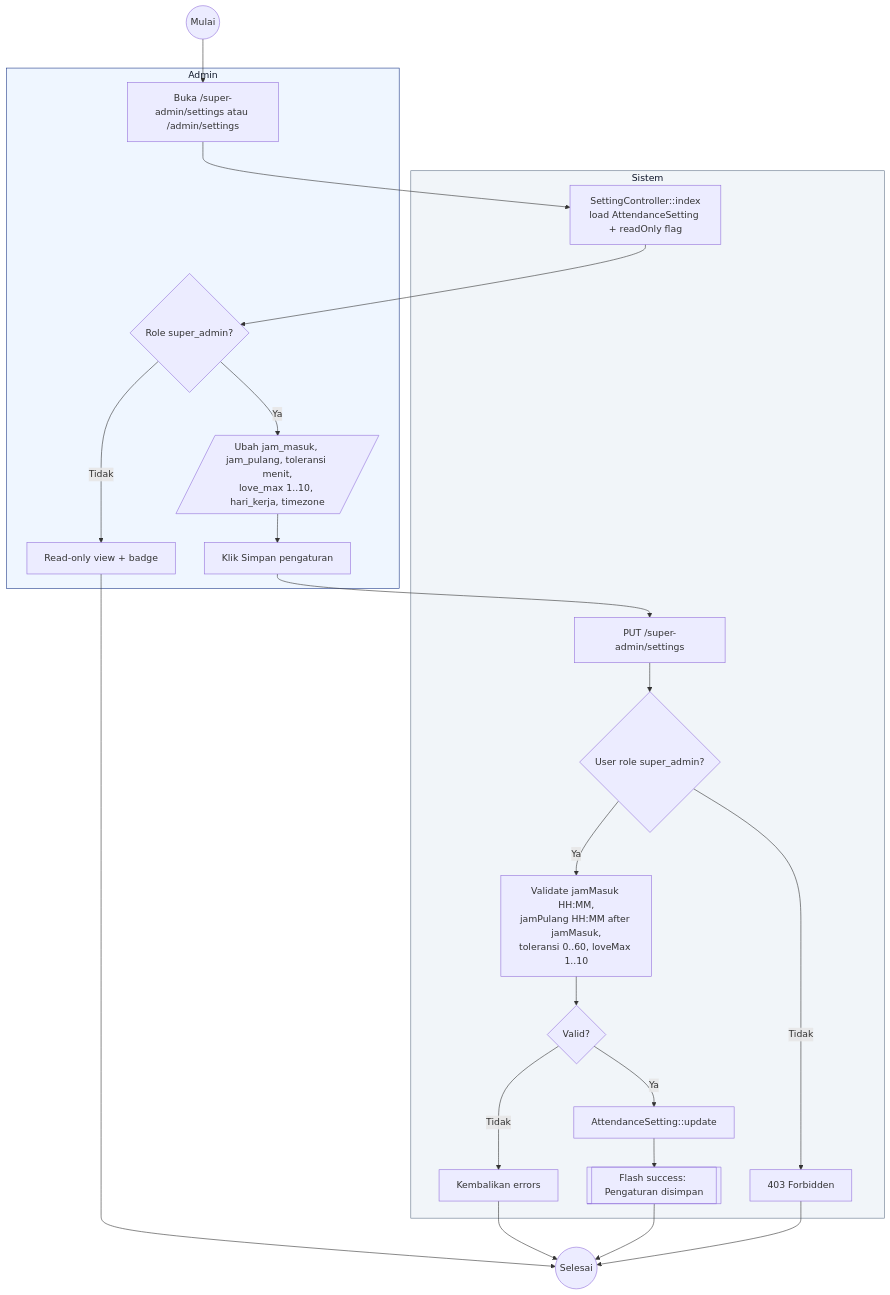
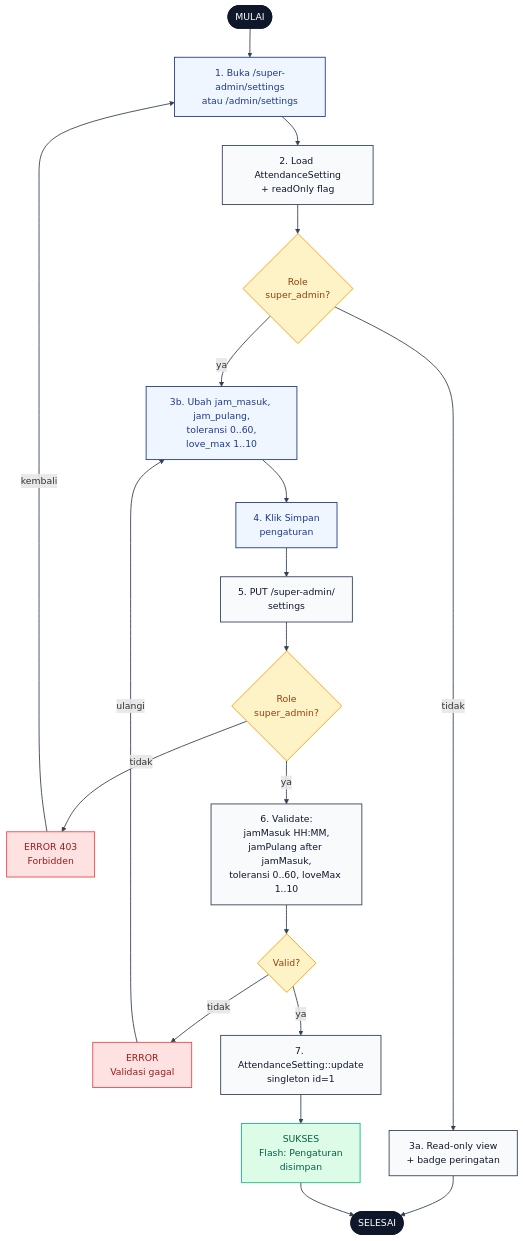
Before and after one commit to radacore/absensi-pu: the diagram in docs/activity-diagrams/20-settings-admin.md, drawn with Mermaid. The commit also changed other lines of this file and 22 other files, not shown here.

First line of the commit message:
docs(diagram): terapkan pola mermaid flowchart TD ke 23 diagram sisanya

````diff
--- a/docs/activity-diagrams/20-settings-admin.md
+++ b/docs/activity-diagrams/20-settings-admin.md
@@ -12,47 +12,53 @@
 ```mermaid
 flowchart TD
-    Start((Mulai)) --> A1
+    START([MULAI]):::se
 
-    subgraph Admin[Admin]
-        A1[Buka /super-admin/settings atau /admin/settings]
-        A2{Role super_admin?}
-        A3[Read-only view + badge]
-        A4[/Ubah jam_masuk, jam_pulang, toleransi menit,<br/>love_max 1..10, hari_kerja, timezone/]
-        A5[Klik Simpan pengaturan]
-    end
+    A1["1. Buka /super-admin/settings<br/>atau /admin/settings"]:::user
+    S1["2. Load AttendanceSetting<br/>+ readOnly flag"]:::sys
+    D1{"Role<br/>super_admin?"}:::dec
+    RO["3a. Read-only view<br/>+ badge peringatan"]:::sys
 
-    subgraph Sistem[Sistem]
-        S1[SettingController::index<br/>load AttendanceSetting + readOnly flag]
-        S2[PUT /super-admin/settings]
-        S3{User role super_admin?}
-        S4[403 Forbidden]
-        S5[Validate jamMasuk HH:MM,<br/>jamPulang HH:MM after jamMasuk,<br/>toleransi 0..60, loveMax 1..10]
-        S6{Valid?}
-        S7[Kembalikan errors]
-        S8[AttendanceSetting::update]
-        S9[[Flash success: Pengaturan disimpan]]
-    end
+    A2["3b. Ubah jam_masuk, jam_pulang,<br/>toleransi 0..60,<br/>love_max 1..10"]:::user
+    A3["4. Klik Simpan<br/>pengaturan"]:::user
 
+    S2["5. PUT /super-admin/<br/>settings"]:::sys
+    D2{"Role<br/>super_admin?"}:::dec
+    E1["ERROR 403<br/>Forbidden"]:::err
+
+    S3["6. Validate:<br/>jamMasuk HH:MM,<br/>jamPulang after jamMasuk,<br/>toleransi 0..60, loveMax 1..10"]:::sys
+    D3{"Valid?"}:::dec
+    E2["ERROR<br/>Validasi gagal"]:::err
+
+    S4["7. AttendanceSetting::update<br/>singleton id=1"]:::sys
+    OK["SUKSES<br/>Flash: Pengaturan<br/>disimpan"]:::ok
+    END([SELESAI]):::se
+
+    START --> A1
     A1 --> S1
-    S1 --> A2
-    A2 -->|Tidak| A3
-    A3 --> End((Selesai))
-    A2 -->|Ya| A4
-    A4 --> A5
-    A5 --> S2
-    S2 --> S3
-    S3 -->|Tidak| S4
-    S3 -->|Ya| S5
-    S5 --> S6
-    S6 -->|Tidak| S7
-    S7 --> End
-    S6 -->|Ya| S8
-    S8 --> S9
-    S9 --> End
-    S4 --> End
+    S1 --> D1
+    D1 -->|tidak| RO
+    RO --> END
+    D1 -->|ya| A2
+    A2 --> A3
+    A3 --> S2
+    S2 --> D2
+    D2 -->|tidak| E1
+    D2 -->|ya| S3
+    S3 --> D3
+    D3 -->|tidak| E2
+    D3 -->|ya| S4
+    S4 --> OK
+    OK --> END
 
-    classDef actor fill:#EFF6FF,stroke:#1E3A8A,stroke-width:1px,color:#0F172A
-    classDef system fill:#F1F5F9,stroke:#64748B,stroke-width:1px,color:#0F172A
-    class Admin actor
-    class Sistem system
+    E1 -->|kembali| A1
+    E2 -->|ulangi| A2
+
+    classDef se fill:#0F172A,stroke:#0F172A,color:#fff,stroke-width:2px
+    classDef user fill:#EFF6FF,stroke:#1E3A8A,color:#1E3A8A,stroke-width:1.5px
+    classDef sys fill:#F8FAFC,stroke:#334155,color:#0F172A,stroke-width:1.5px
+    classDef dec fill:#FEF3C7,stroke:#F59E0B,color:#92400E,stroke-width:1.5px
+    classDef err fill:#FEE2E2,stroke:#EF4444,color:#991B1B,stroke-width:1.5px
+    classDef ok fill:#DCFCE7,stroke:#10B981,color:#065F46,stroke-width:1.5px
+
+    linkStyle default stroke:#334155,stroke-width:1.5px
 ```
````
